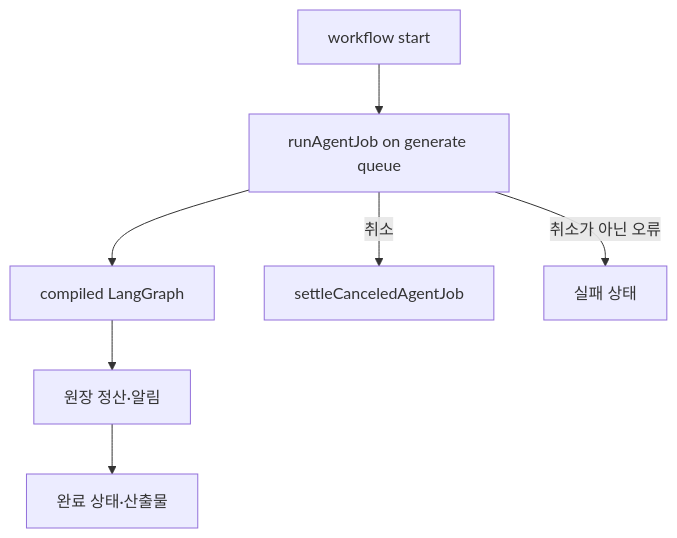
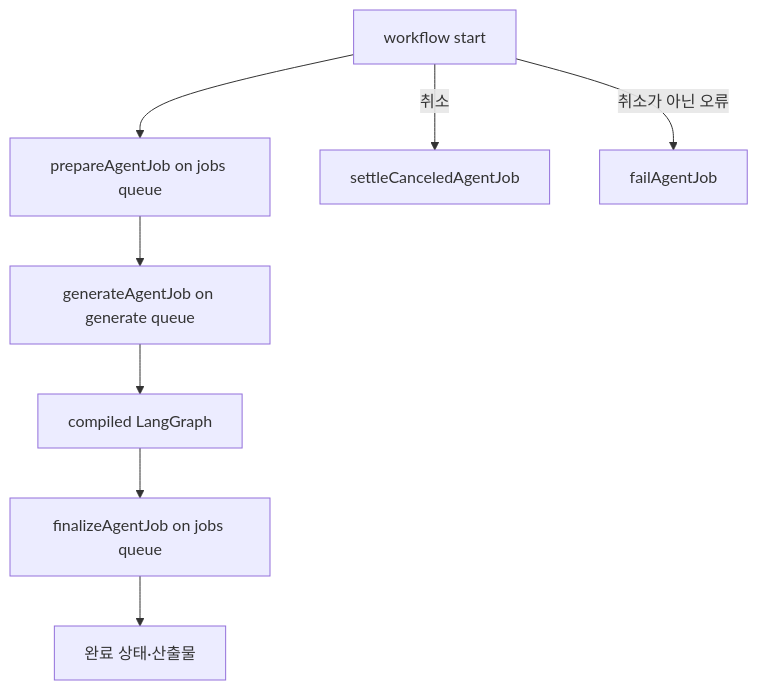
The seventh of 7 diagrams in src/tracer_agent/worker/agents/README.md (agent-tracer/tracer-agent-python), drawn with Mermaid before and after one commit. The commit also changed other lines of this file and 4 other files, not shown here.

````diff
--- a/src/tracer_agent/worker/agents/README.md
+++ b/src/tracer_agent/worker/agents/README.md
@@ -195,9 +197,10 @@
 ```mermaid
 flowchart TD
-    START[workflow start] --> RUN[runAgentJob on generate queue]
-    RUN --> GRAPH[compiled LangGraph]
-    GRAPH --> SETTLE[원장 정산·알림]
-    RUN -->|취소| CANCEL[settleCanceledAgentJob]
-    RUN -->|취소가 아닌 오류| FAIL[실패 상태]
-    SETTLE --> DONE[완료 상태·산출물]
+    START[workflow start] --> PREPARE[prepareAgentJob on jobs queue]
+    PREPARE --> GENERATE[generateAgentJob on generate queue]
+    GENERATE --> GRAPH[compiled LangGraph]
+    GRAPH --> FINALIZE[finalizeAgentJob on jobs queue]
+    FINALIZE --> DONE[완료 상태·산출물]
+    START -->|취소| CANCEL[settleCanceledAgentJob]
+    START -->|취소가 아닌 오류| FAIL[failAgentJob]
 ```
````
